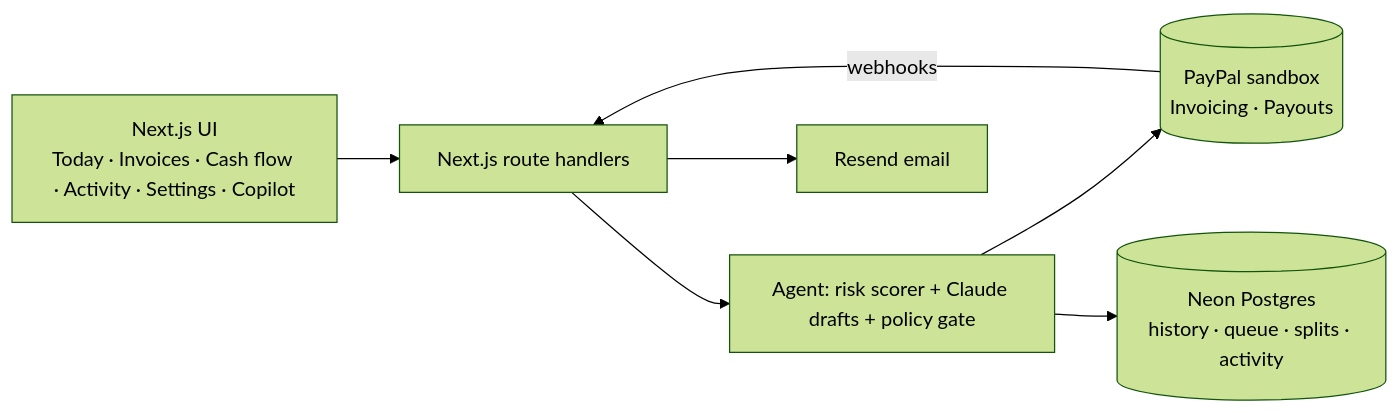
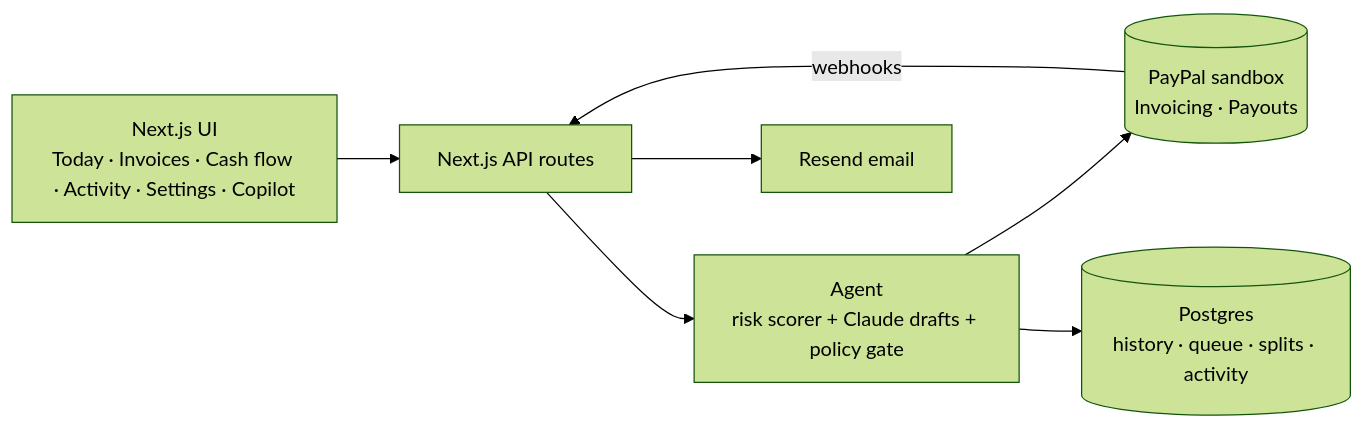
One commit to vedikaagarwal28/paypilot changed the diagram in README.md. Above: the diagram before and after it, drawn with Mermaid (forest theme). The commit also changed other lines of this file, not shown here.

````diff
--- a/README.md
+++ b/README.md
@@ -69,9 +95,9 @@
 ```mermaid
 flowchart LR
-  UI[Next.js UI<br/>Today · Invoices · Cash flow · Activity · Settings · Copilot] --> API[Next.js route handlers]
-  API --> Agent[Agent: risk scorer + Claude drafts + policy gate]
+  UI[Next.js UI<br/>Today · Invoices · Cash flow · Activity · Settings · Copilot] --> API[Next.js API routes]
+  API --> Agent[Agent<br/>risk scorer + Claude drafts + policy gate]
   Agent --> PP[(PayPal sandbox<br/>Invoicing · Payouts)]
-  Agent --> DB[(Neon Postgres<br/>history · queue · splits · activity)]
+  Agent --> DB[(Postgres<br/>history · queue · splits · activity)]
   PP -- webhooks --> API
   API --> Mail[Resend email]
 ```
````
